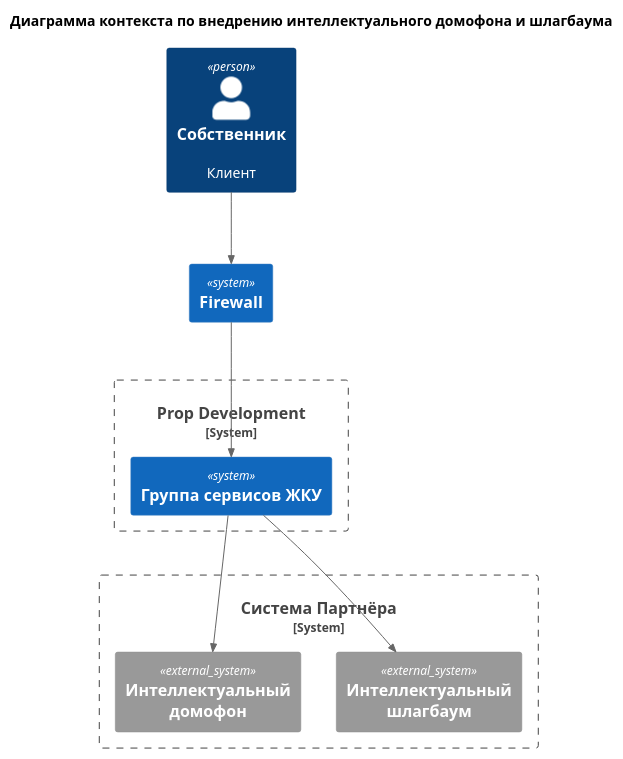
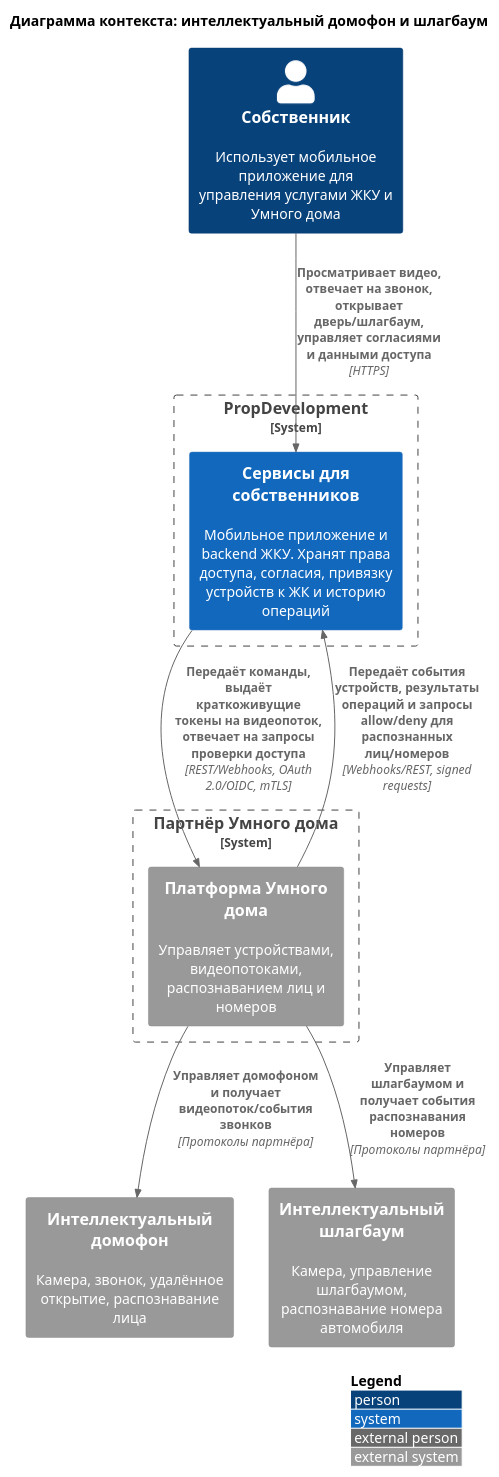
Before and after one commit to Meeluck/architecture-propdevelopment: the diagram in Task3/context.puml, drawn with PlantUML. The commit also changed 2 other files, not shown here.

```diff
--- a/Task3/context.puml
+++ b/Task3/context.puml
@@ -1,25 +1,26 @@
 @startuml
-!include https://raw.githubusercontent.com/plantuml-stdlib/C4-PlantUML/master/C4_Container.puml
+!include https://raw.githubusercontent.com/plantuml-stdlib/C4-PlantUML/master/C4_Context.puml
 
-title Диаграмма контекста по внедрению интеллектуального домофона и шлагбаума
+title Диаграмма контекста: интеллектуальный домофон и шлагбаум
 
-Person(client,Собственник,Клиент)
+Person(owner, "Собственник", "Использует мобильное приложение для управления услугами ЖКУ и Умного дома")
 
-System(fw,Firewall)
-
-System_Boundary(propDev, Prop Development){
-    System(communalServices,"Группа сервисов ЖКУ")
+System_Boundary(propDev, "PropDevelopment") {
+    System(ownerServices, "Сервисы для собственников", "Мобильное приложение и backend ЖКУ. Хранят права доступа, согласия, привязку устройств к ЖК и историю операций")
 }
 
-System_Boundary(extProvider, Система Партнёра){
-    System_Ext(smartIntercom,"Интеллектуальный домофон" )
-    System_Ext(smartGate,"Интеллектуальный шлагбаум" )
+System_Boundary(partner, "Партнёр Умного дома") {
+    System_Ext(partnerPlatform, "Платформа Умного дома", "Управляет устройствами, видеопотоками, распознаванием лиц и номеров")
 }
 
-Rel(client,fw,"")
-Rel(fw,communalServices,"")
+System_Ext(smartIntercom, "Интеллектуальный домофон", "Камера, звонок, удалённое открытие, распознавание лица")
+System_Ext(smartGate, "Интеллектуальный шлагбаум", "Камера, управление шлагбаумом, распознавание номера автомобиля")
 
-Rel(communalServices,smartIntercom,"","")
-Rel(communalServices,smartGate,"","")
+Rel(owner, ownerServices, "Просматривает видео, отвечает на звонок, открывает дверь/шлагбаум, управляет согласиями и данными доступа", "HTTPS")
+Rel(ownerServices, partnerPlatform, "Передаёт команды, выдаёт краткоживущие токены на видеопоток, отвечает на запросы проверки доступа", "REST/Webhooks, OAuth 2.0/OIDC, mTLS")
+Rel(partnerPlatform, ownerServices, "Передаёт события устройств, результаты операций и запросы allow/deny для распознанных лиц/номеров", "Webhooks/REST, signed requests")
+Rel(partnerPlatform, smartIntercom, "Управляет домофоном и получает видеопоток/события звонков", "Протоколы партнёра")
+Rel(partnerPlatform, smartGate, "Управляет шлагбаумом и получает события распознавания номеров", "Протоколы партнёра")
 
+LAYOUT_WITH_LEGEND()
 @enduml
```
